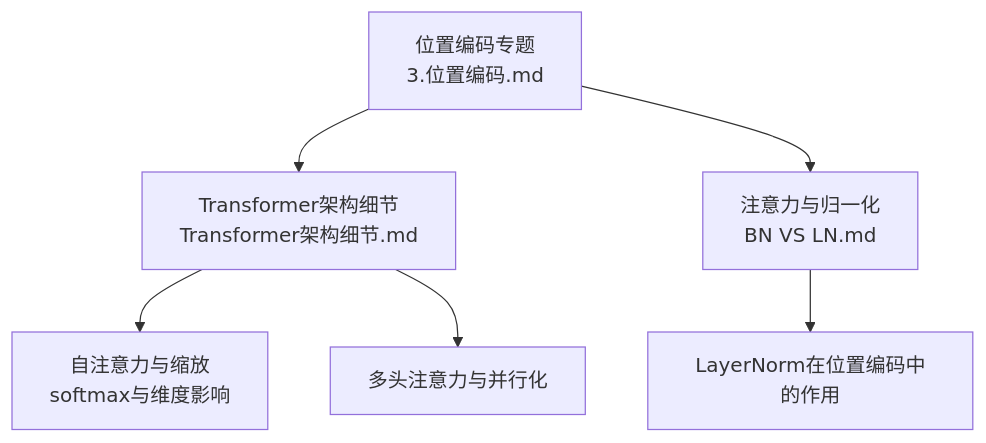
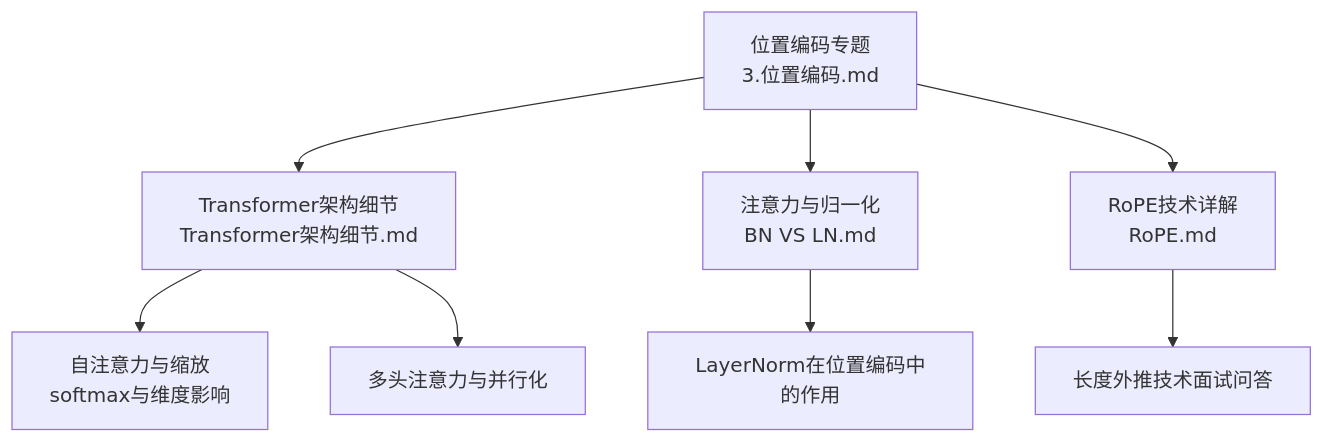
The first of 8 diagrams in .qoder/repowiki/zh/content/大语言模型架构/Transformer核心机制/位置编码技术.md (Mr-Yoje/llm_interview_note), drawn with Mermaid before and after one commit. The commit also changed other lines of this file and 4 other files, not shown here.

First line of the commit message:
docs(architecture): 更新大语言模型架构与BERT详解

````diff
--- a/.qoder/repowiki/zh/content/大语言模型架构/Transformer核心机制/位置编码技术.md
+++ b/.qoder/repowiki/zh/content/大语言模型架构/Transformer核心机制/位置编码技术.md
@@ -28,8 +31,10 @@
 ```mermaid
 graph TB
 A["位置编码专题<br/>3.位置编码.md"] --> B["Transformer架构细节<br/>Transformer架构细节.md"]
 A --> C["注意力与归一化<br/>BN VS LN.md"]
-B --> D["自注意力与缩放<br/>softmax与维度影响"]
-B --> E["多头注意力与并行化"]
-C --> F["LayerNorm在位置编码中的作用"]
+A --> D["RoPE技术详解<br/>RoPE.md"]
+B --> E["自注意力与缩放<br/>softmax与维度影响"]
+B --> F["多头注意力与并行化"]
+C --> G["LayerNorm在位置编码中的作用"]
+D --> H["长度外推技术面试问答"]
 ```
````
